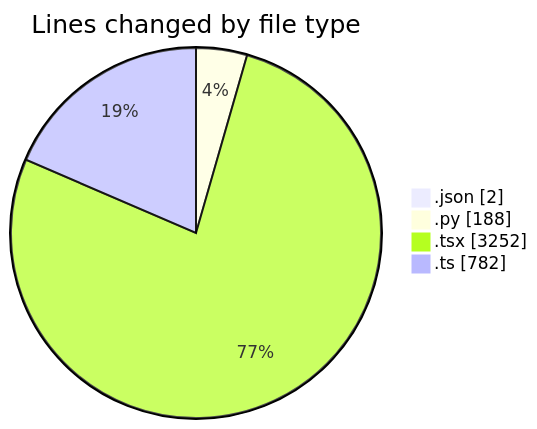
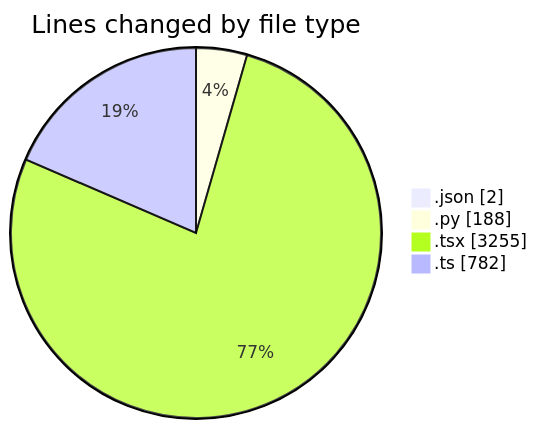
Before and after one commit to julien-gomy/code-tracking: the first of 2 diagrams in 2025-10-06/eventscop-frontend-guide__workspace_/README.md, drawn with Mermaid. The commit also changed other lines of this file and 1 other file, not shown here.

````diff
--- a/2025-10-06/eventscop-frontend-guide__workspace_/README.md
+++ b/2025-10-06/eventscop-frontend-guide__workspace_/README.md
@@ -47,8 +47,8 @@
 ```mermaid
 pie showData
 title Lines changed by file type
 ".json" : 2
 ".py" : 188
-".tsx" : 3252
+".tsx" : 3255
 ".ts" : 782
 ```
````
